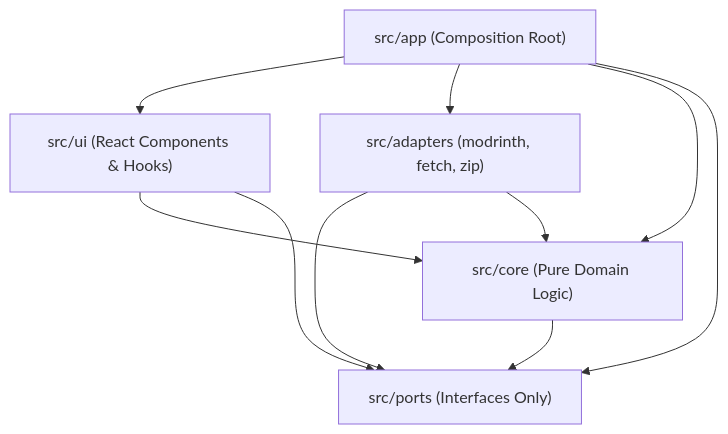
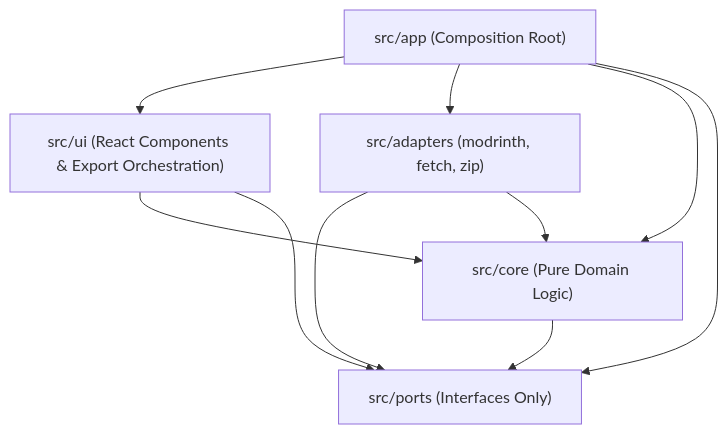
One commit to stephenarosaj/modrinth-collection-downloader changed the diagram in docs/architecture.md. Above: the diagram before and after it, drawn with Mermaid. The commit also changed other lines of this file and 108 other files, not shown here.

````diff
--- a/docs/architecture.md
+++ b/docs/architecture.md
@@ -36,21 +11,21 @@
 ```mermaid
 flowchart TD
   app["src/app (Composition Root)"]
-  ui["src/ui (React Components & Hooks)"]
+  ui["src/ui (React Components & Export Orchestration)"]
   adapters["src/adapters (modrinth, fetch, zip)"]
   core["src/core (Pure Domain Logic)"]
   ports["src/ports (Interfaces Only)"]
 
   app --> ui
   app --> adapters
   app --> core
   app --> ports
 
   ui --> core
   ui --> ports
 
   adapters --> ports
   adapters --> core
 
   core --> ports
 ```
````
